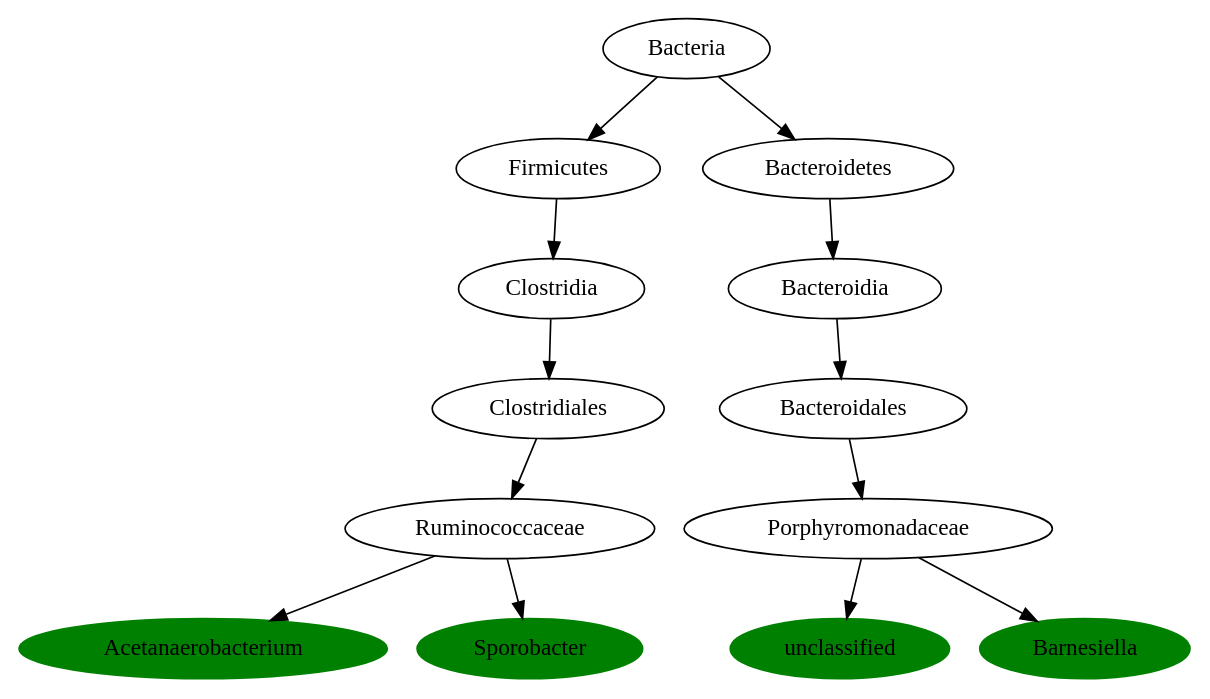
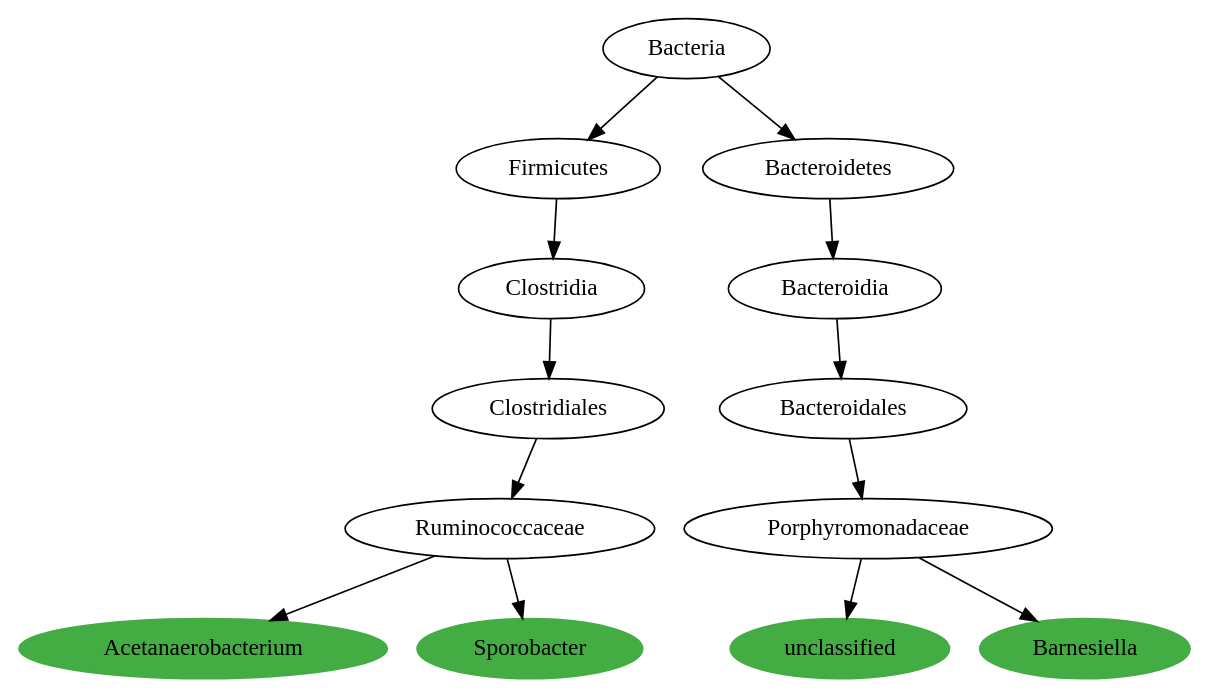
One commit to AndersHqst/thesis changed the diagram in experiments/2a/phylogenetic-tree/dotfiles/6.dot. Above: the diagram before and after it, drawn with Graphviz. The commit also changed 77 other files, not shown here.

Commit message:
Added plotting code for summary graphs

```diff
--- a/experiments/2a/phylogenetic-tree/dotfiles/6.dot
+++ b/experiments/2a/phylogenetic-tree/dotfiles/6.dot
@@ -1,43 +1,43 @@
 digraph G { 
-	RuminococcaceaeAcetanaerobacterium [label="Acetanaerobacterium", color="green", style=filled];
+	RuminococcaceaeAcetanaerobacterium [label="Acetanaerobacterium", color="#43AC43", style=filled];
 	ClostridialesRuminococcaceae [label="Ruminococcaceae"];
 	RuminococcaceaeAcetanaerobacterium [label="Acetanaerobacterium"];
 	ClostridialesRuminococcaceae -> RuminococcaceaeAcetanaerobacterium;
 	ClostridiaClostridiales [label="Clostridiales"];
 	ClostridialesRuminococcaceae [label="Ruminococcaceae"];
 	ClostridiaClostridiales -> ClostridialesRuminococcaceae;
 	FirmicutesClostridia [label="Clostridia"];
 	ClostridiaClostridiales [label="Clostridiales"];
 	FirmicutesClostridia -> ClostridiaClostridiales;
 	BacteriaFirmicutes [label="Firmicutes"];
 	FirmicutesClostridia [label="Clostridia"];
 	BacteriaFirmicutes -> FirmicutesClostridia;
 	Bacteria [label="Bacteria"];
 	BacteriaFirmicutes [label="Firmicutes"];
 	Bacteria -> BacteriaFirmicutes;
-	RuminococcaceaeSporobacter [label="Sporobacter", color="green", style=filled];
+	RuminococcaceaeSporobacter [label="Sporobacter", color="#43AC43", style=filled];
 	ClostridialesRuminococcaceae [label="Ruminococcaceae"];
 	RuminococcaceaeSporobacter [label="Sporobacter"];
 	ClostridialesRuminococcaceae -> RuminococcaceaeSporobacter;
-	Porphyromonadaceaeunclassified [label="unclassified", color="green", style=filled];
+	Porphyromonadaceaeunclassified [label="unclassified", color="#43AC43", style=filled];
 	BacteroidalesPorphyromonadaceae [label="Porphyromonadaceae"];
 	Porphyromonadaceaeunclassified [label="unclassified"];
 	BacteroidalesPorphyromonadaceae -> Porphyromonadaceaeunclassified;
 	BacteroidiaBacteroidales [label="Bacteroidales"];
 	BacteroidalesPorphyromonadaceae [label="Porphyromonadaceae"];
 	BacteroidiaBacteroidales -> BacteroidalesPorphyromonadaceae;
 	BacteroidetesBacteroidia [label="Bacteroidia"];
 	BacteroidiaBacteroidales [label="Bacteroidales"];
 	BacteroidetesBacteroidia -> BacteroidiaBacteroidales;
 	BacteriaBacteroidetes [label="Bacteroidetes"];
 	BacteroidetesBacteroidia [label="Bacteroidia"];
 	BacteriaBacteroidetes -> BacteroidetesBacteroidia;
 	Bacteria [label="Bacteria"];
 	BacteriaBacteroidetes [label="Bacteroidetes"];
 	Bacteria -> BacteriaBacteroidetes;
-	PorphyromonadaceaeBarnesiella [label="Barnesiella", color="green", style=filled];
+	PorphyromonadaceaeBarnesiella [label="Barnesiella", color="#43AC43", style=filled];
 	BacteroidalesPorphyromonadaceae [label="Porphyromonadaceae"];
 	PorphyromonadaceaeBarnesiella [label="Barnesiella"];
 	BacteroidalesPorphyromonadaceae -> PorphyromonadaceaeBarnesiella;
 
  }
```
